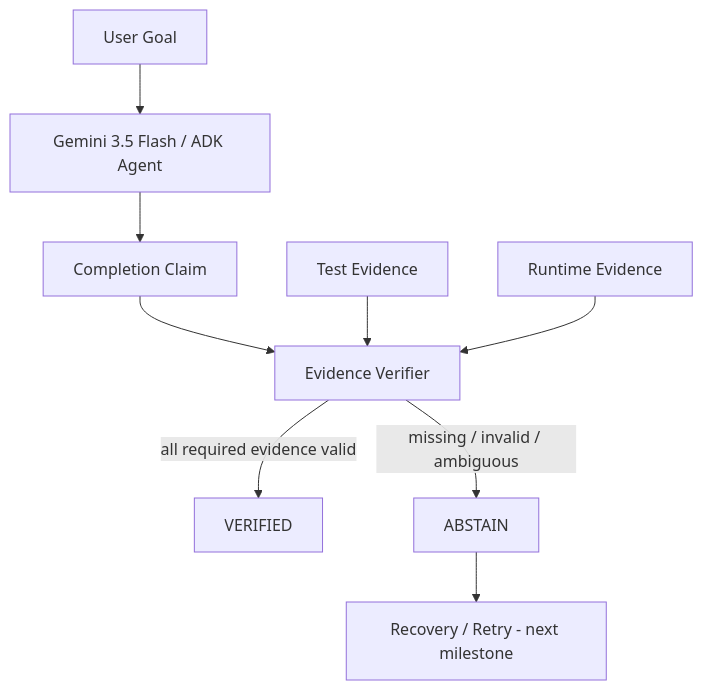
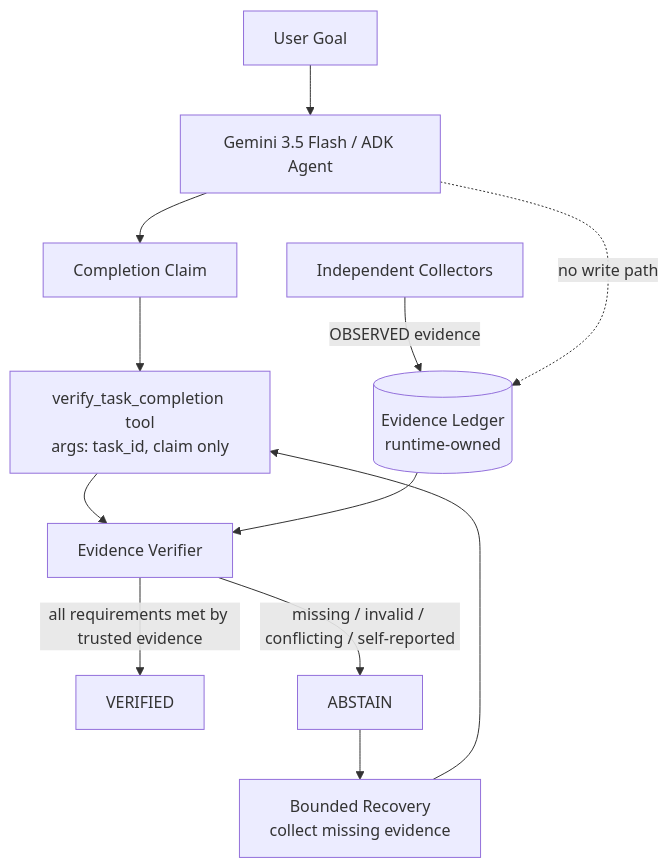
The diagram in docs/architecture.md (koreaelonmusk/proofos), drawn with Mermaid before and after one commit. The commit also changed other lines of this file and 1 other file, not shown here.

````diff
--- a/docs/architecture.md
+++ b/docs/architecture.md
@@ -3,11 +3,14 @@
 ```mermaid
 flowchart TD
     U[User Goal] --> A[Gemini 3.5 Flash / ADK Agent]
     A --> C[Completion Claim]
-    C --> V[Evidence Verifier]
-    T[Test Evidence] --> V
-    R[Runtime Evidence] --> V
-    V -->|all required evidence valid| P[VERIFIED]
-    V -->|missing / invalid / ambiguous| B[ABSTAIN]
-    B --> X[Recovery / Retry - next milestone]
+    C --> T[verify_task_completion tool<br/>args: task_id, claim only]
+    T --> V[Evidence Verifier]
+    L[(Evidence Ledger<br/>runtime-owned)] --> V
+    COL[Independent Collectors] -->|OBSERVED evidence| L
+    A -.->|no write path| L
+    V -->|all requirements met by trusted evidence| P[VERIFIED]
+    V -->|missing / invalid / conflicting / self-reported| B[ABSTAIN]
+    B --> R[Bounded Recovery<br/>collect missing evidence]
+    R --> T
 ```
````
